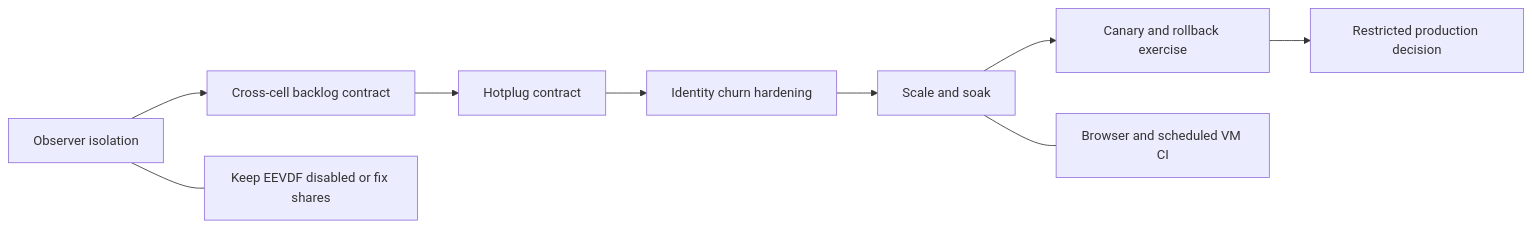
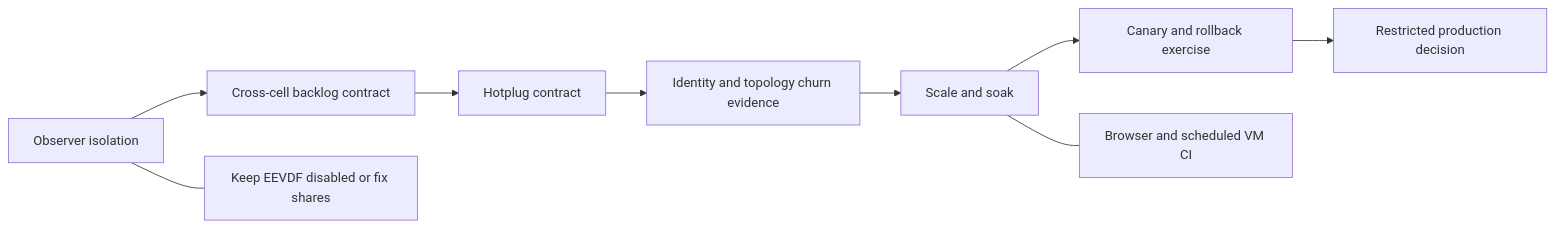
One commit to tommy-u/scx changed the diagram in scheds/rust/scx_snake/docs/snake-review/README.md. Above: the diagram before and after it, drawn with Mermaid. The commit also changed other lines of this file and 24 other files, not shown here.

````diff
--- a/scheds/rust/scx_snake/docs/snake-review/README.md
+++ b/scheds/rust/scx_snake/docs/snake-review/README.md
@@ -129,12 +137,12 @@
 ```mermaid
 flowchart LR
     A[Observer isolation] --> B[Cross-cell backlog contract]
     B --> C[Hotplug contract]
-    C --> D[Identity churn hardening]
+    C --> D[Identity and topology churn evidence]
     D --> E[Scale and soak]
     E --> F[Canary and rollback exercise]
     F --> G[Restricted production decision]
 
     A --- A1[Keep EEVDF disabled or fix shares]
     E --- E1[Browser and scheduled VM CI]
 ```
````
